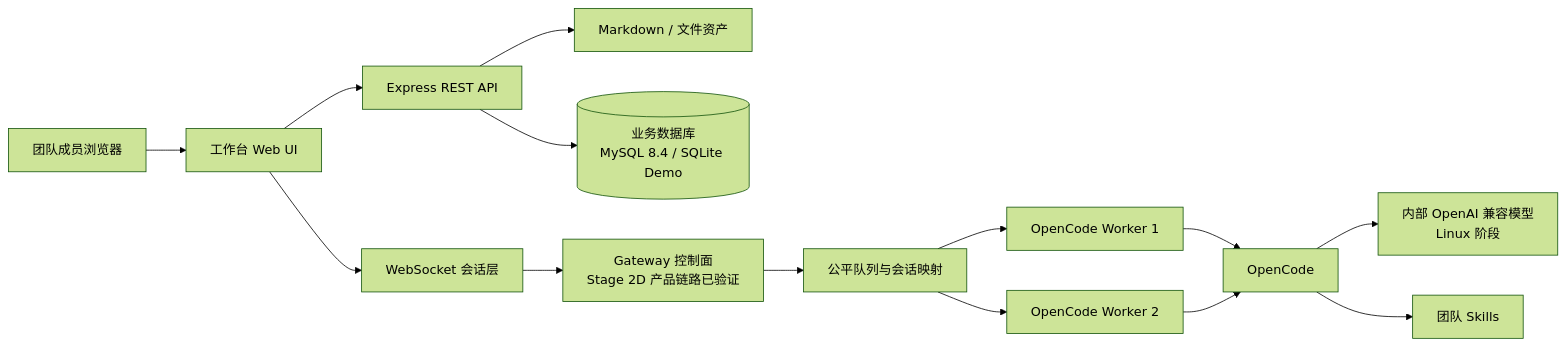
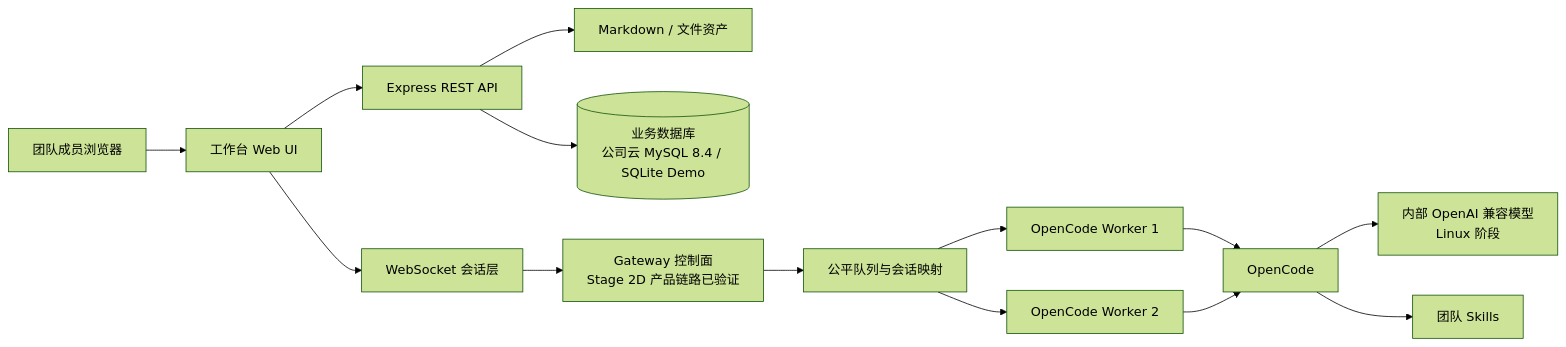
The second of 2 diagrams in README.md (rainerzhao/opencode-ia), drawn with Mermaid (forest theme) before and after one commit. The commit also changed other lines of this file and 18 other files, not shown here.

````diff
--- a/README.md
+++ b/README.md
@@ -111,16 +111,16 @@
 ```mermaid
 flowchart LR
     U[团队成员浏览器] --> W[工作台 Web UI]
     W --> A[Express REST API]
     W --> S[WebSocket 会话层]
     A --> F[Markdown / 文件资产]
-    A --> D[(业务数据库<br/>MySQL 8.4 / SQLite Demo)]
+    A --> D[(业务数据库<br/>公司云 MySQL 8.4 / SQLite Demo)]
     S --> G[Gateway 控制面<br/>Stage 2D 产品链路已验证]
     G --> Q[公平队列与会话映射]
     Q --> W1[OpenCode Worker 1]
     Q --> W2[OpenCode Worker 2]
     W1 --> O[OpenCode]
     W2 --> O
     O --> M[内部 OpenAI 兼容模型<br/>Linux 阶段]
     O --> K[团队 Skills]
 ```
````
